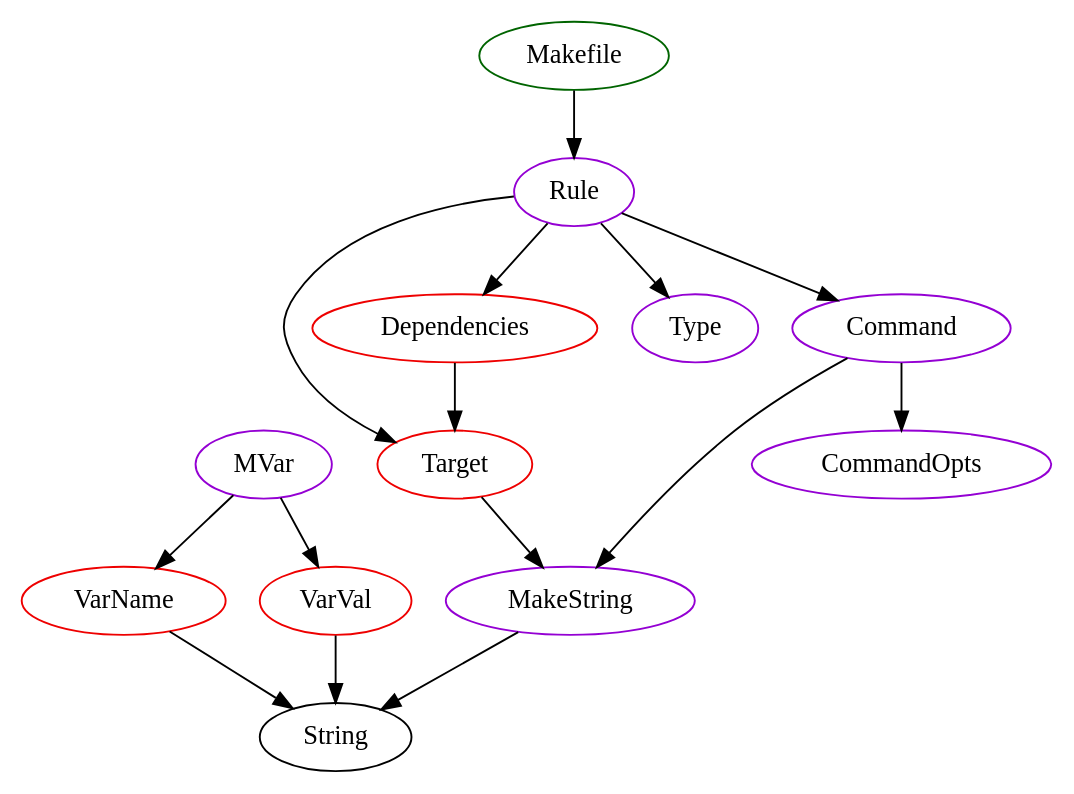
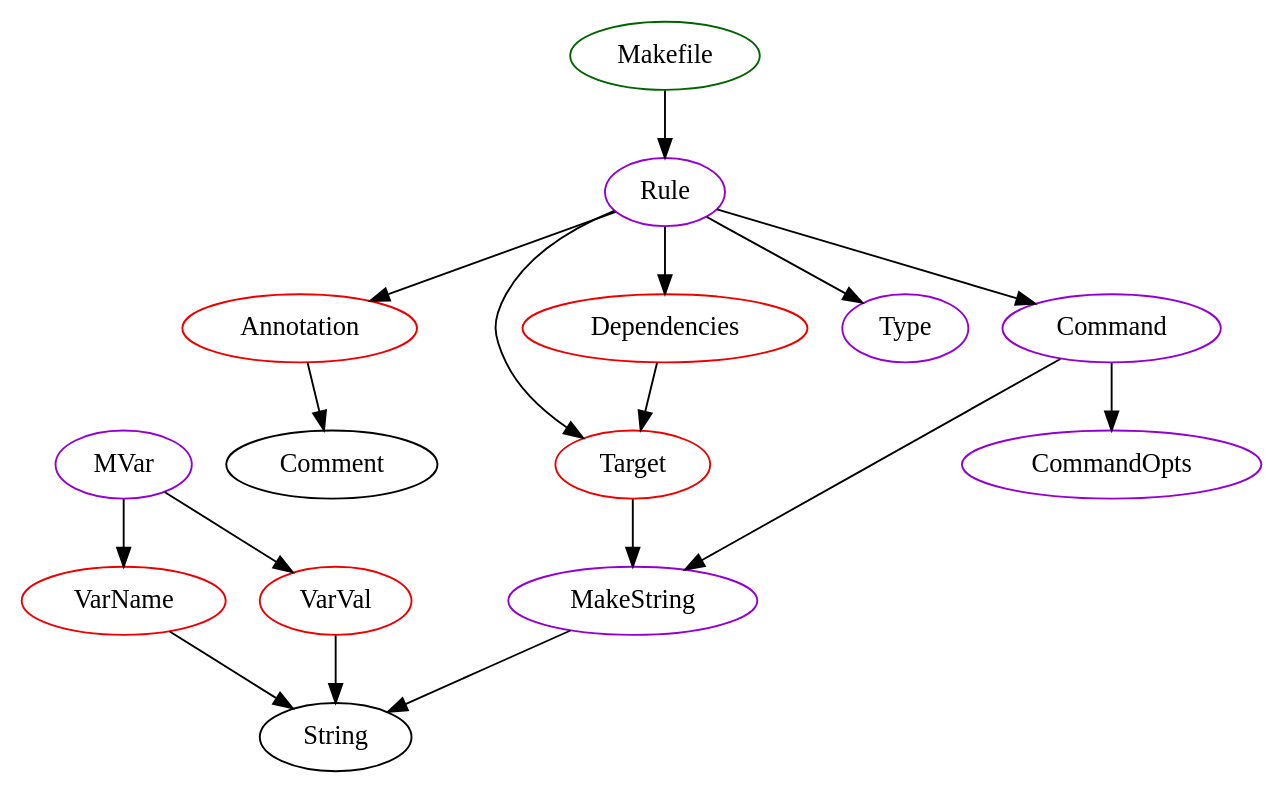
The diagram in analysis/TypeDependencyGraphs/build.dot (JacquesCarette/Drasil), drawn with Graphviz before and after one commit. The commit also changed 519 other files, not shown here.

```diff
--- a/analysis/TypeDependencyGraphs/build.dot
+++ b/analysis/TypeDependencyGraphs/build.dot
@@ -1,61 +1,66 @@
 digraph alltypes {
 	subgraph ast {
 		subgraph rule{
 		Rule	[shape=oval, color=darkviolet, label="Rule"];
+		Rule -> Annotation;
 		Rule -> Target;
 		Rule -> Dependencies;
 		Rule -> Type;
 		Rule -> Command;
 		}
 		subgraph command{
 		Command	[shape=oval, color=darkviolet, label="Command"];
 		Command -> MakeString;
 		Command -> CommandOpts;
 		}
 		subgraph commandopts{
 		CommandOpts	[shape=oval, color=darkviolet, label="CommandOpts"];
 		}
 		subgraph type{
 		Type	[shape=oval, color=darkviolet, label="Type"];
 		}
 		subgraph makefile{
 		Makefile	[shape=oval, color=darkgreen, label="Makefile"];
 		Makefile -> Rule;
+		}
+		subgraph annotation{
+		Annotation	[shape=oval, color=red2, label="Annotation"];
+		Annotation -> Comment;
 		}
 		subgraph target{
 		Target	[shape=oval, color=red2, label="Target"];
 		Target -> MakeString;
 		}
 		subgraph dependencies{
 		Dependencies	[shape=oval, color=red2, label="Dependencies"];
 		Dependencies -> Target;
 		}
 	}
 	subgraph helpers {
 	}
 	subgraph import {
 	}
 	subgraph makestring {
 		subgraph makestring{
 		MakeString	[shape=oval, color=darkviolet, label="MakeString"];
 		MakeString -> String;
 		}
 		subgraph mvar{
 		MVar	[shape=oval, color=darkviolet, label="MVar"];
 		MVar -> VarName;
 		MVar -> VarVal;
 		}
 		subgraph varname{
 		VarName	[shape=oval, color=red2, label="VarName"];
 		VarName -> String;
 		}
 		subgraph varval{
 		VarVal	[shape=oval, color=red2, label="VarVal"];
 		VarVal -> String;
 		}
 	}
 	subgraph print {
 	}
 	subgraph drails {
 	}
 }
```
